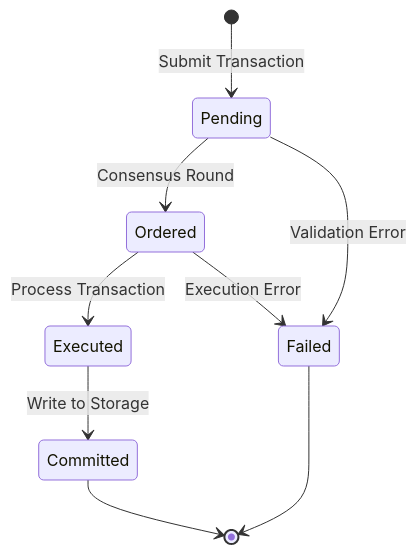
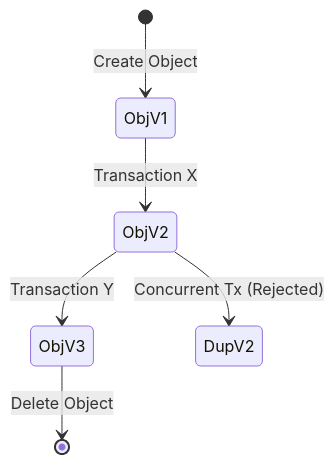
The first of 3 diagrams in memory-bank/shared/documentation_suggestions.md (soma-org/soma), drawn with Mermaid before and after one commit. The commit also changed other lines of this file and 2 other files, not shown here.

````diff
--- a/memory-bank/shared/documentation_suggestions.md
+++ b/memory-bank/shared/documentation_suggestions.md
@@ -58,12 +104,9 @@
 ```mermaid
 stateDiagram-v2
-    [*] --> Pending: Submit Transaction
-    Pending --> Ordered: Consensus Round
-    Ordered --> Executed: Process Transaction
-    Executed --> Committed: Write to Storage
-    Committed --> [*]
+    [*] --> ObjV1: Create Object
+    ObjV1 --> ObjV2: Transaction X
+    ObjV2 --> ObjV3: Transaction Y
+    ObjV3 --> [*]: Delete Object
     
-    Pending --> Failed: Validation Error
-    Ordered --> Failed: Execution Error
-    Failed --> [*]
+    ObjV2 --> DupV2: Concurrent Tx (Rejected)
 ```
````
